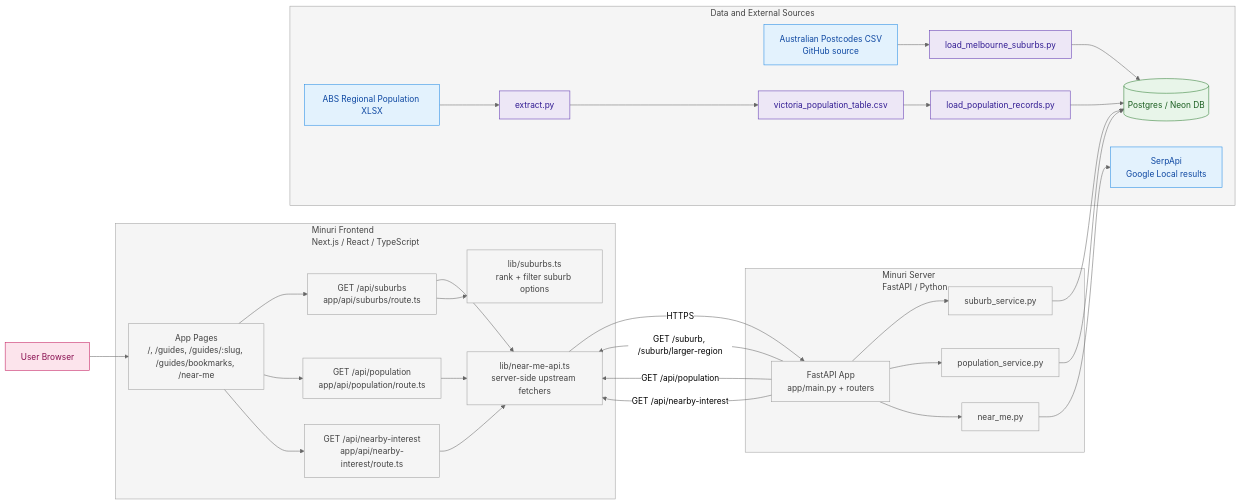
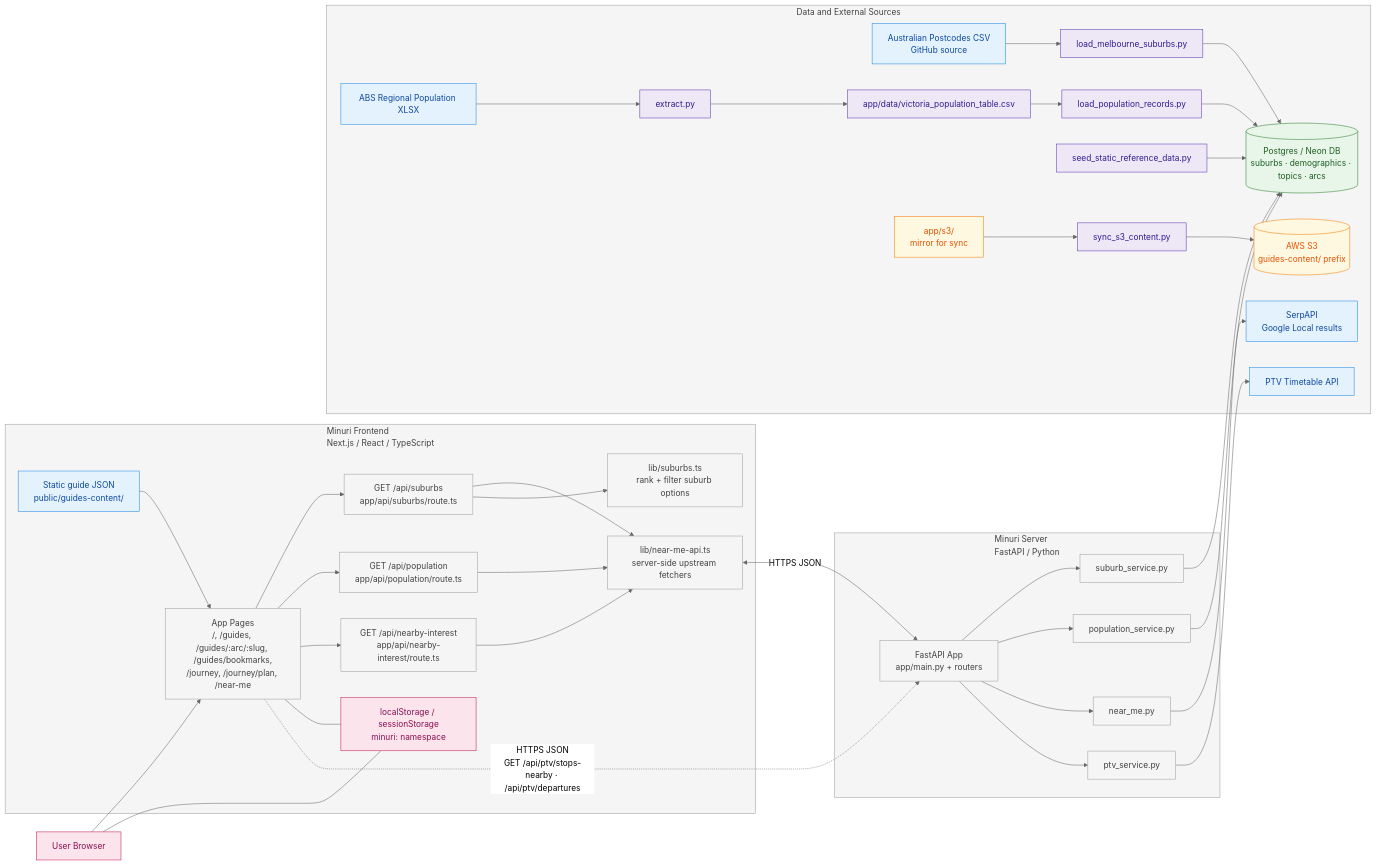
Before and after one commit to nauqh/minuri: the diagram in README.md, drawn with Mermaid (neutral theme). The commit also changed other lines of this file and 1 other file, not shown here.

Commit message:
fix(landing): add smooth scroll

````diff
--- a/README.md
+++ b/README.md
@@ -105,67 +105,82 @@
 ```mermaid
 flowchart LR
     U[User Browser]
 
     subgraph FE[Minuri Frontend<br/>Next.js / React / TypeScript]
-        PAGES[App Pages<br/>/, /guides, /guides/:slug, /guides/bookmarks, /near-me]
+        PAGES[App Pages<br/>/, /guides, /guides/:arc/:slug, /guides/bookmarks,<br/>/journey, /journey/plan, /near-me]
+        LS[localStorage / sessionStorage<br/>minuri: namespace]
+        GJSON[Static guide JSON<br/>public/guides-content/]
         API_SUB[GET /api/suburbs<br/>app/api/suburbs/route.ts]
         API_POP[GET /api/population<br/>app/api/population/route.ts]
         API_NEAR[GET /api/nearby-interest<br/>app/api/nearby-interest/route.ts]
         LIB_API[lib/near-me-api.ts<br/>server-side upstream fetchers]
         LIB_SUB[lib/suburbs.ts<br/>rank + filter suburb options]
 
         PAGES --> API_SUB
         PAGES --> API_POP
         PAGES --> API_NEAR
         API_SUB --> LIB_API
         API_SUB --> LIB_SUB
         API_POP --> LIB_API
         API_NEAR --> LIB_API
+        PAGES --- LS
+        GJSON --> PAGES
     end
 
     subgraph BE[Minuri Server<br/>FastAPI / Python]
         FASTAPI[FastAPI App<br/>app/main.py + routers]
         SVC_SUB[suburb_service.py]
         SVC_POP[population_service.py]
         SVC_NEAR[near_me.py]
+        SVC_PTV[ptv_service.py]
 
         FASTAPI --> SVC_SUB
         FASTAPI --> SVC_POP
         FASTAPI --> SVC_NEAR
+        FASTAPI --> SVC_PTV
     end
 
     subgraph DATA[Data and External Sources]
-        DB[(Postgres / Neon DB)]
+        DB[(Postgres / Neon DB<br/>suburbs · demographics · topics · arcs)]
+        S3B[(AWS S3<br/>guides-content/ prefix)]
         SRC_POST[Australian Postcodes CSV<br/>GitHub source]
         LOAD_SUB[load_melbourne_suburbs.py]
         SRC_ABS[ABS Regional Population XLSX]
         ETL_EXTRACT[extract.py]
-        ETL_CSV[victoria_population_table.csv]
+        ETL_CSV[app/data/victoria_population_table.csv]
         LOAD_POP[load_population_records.py]
-        SERP[SerpApi<br/>Google Local results]
+        LOAD_SEED[seed_static_reference_data.py]
+        S3SRC[app/s3/<br/>mirror for sync]
+        SYNC_S3[sync_s3_content.py]
+        SERP[SerpAPI<br/>Google Local results]
+        PTVAPI[PTV Timetable API]
 
         SRC_POST --> LOAD_SUB --> DB
         SRC_ABS --> ETL_EXTRACT --> ETL_CSV --> LOAD_POP --> DB
+        LOAD_SEED --> DB
+        S3SRC --> SYNC_S3 --> S3B
     end
 
     U --> PAGES
-    LIB_API -->|HTTPS| FASTAPI
-    FASTAPI -->|GET /suburb, /suburb/larger-region| LIB_API
-    FASTAPI -->|GET /api/population| LIB_API
-    FASTAPI -->|GET /api/nearby-interest| LIB_API
+    U --- LS
+    LIB_API <-->|HTTPS JSON| FASTAPI
+    PAGES -.->|HTTPS JSON<br/>GET /api/ptv/stops-nearby · /api/ptv/departures| FASTAPI
     SVC_SUB --> DB
     SVC_POP --> DB
     SVC_NEAR --> SERP
+    SVC_PTV --> PTVAPI
 
     classDef source fill:#e3f2fd,stroke:#1e88e5,color:#0d47a1;
     classDef etl fill:#ede7f6,stroke:#5e35b1,color:#311b92;
     classDef db fill:#e8f5e9,stroke:#2e7d32,color:#1b5e20;
+    classDef objectstore fill:#fff8e1,stroke:#f57c00,color:#e65100;
     classDef serve fill:#f5f5f5,stroke:#9e9e9e,color:#424242;
     classDef client fill:#fce4ec,stroke:#c2185b,color:#880e4f;
 
-    class SRC_POST,SRC_ABS,SERP source;
-    class LOAD_SUB,ETL_EXTRACT,ETL_CSV,LOAD_POP etl;
+    class SRC_POST,SRC_ABS,SERP,PTVAPI,GJSON source;
+    class LOAD_SUB,ETL_EXTRACT,ETL_CSV,LOAD_POP,LOAD_SEED,SYNC_S3 etl;
     class DB db;
-    class FE,BE,DATA,PAGES,API_SUB,API_POP,API_NEAR,LIB_API,LIB_SUB,FASTAPI,SVC_SUB,SVC_POP,SVC_NEAR serve;
-    class U client;
+    class S3B,S3SRC objectstore;
+    class FE,BE,DATA,PAGES,API_SUB,API_POP,API_NEAR,LIB_API,LIB_SUB,FASTAPI,SVC_SUB,SVC_POP,SVC_NEAR,SVC_PTV serve;
+    class U,LS client;
 ```
````
